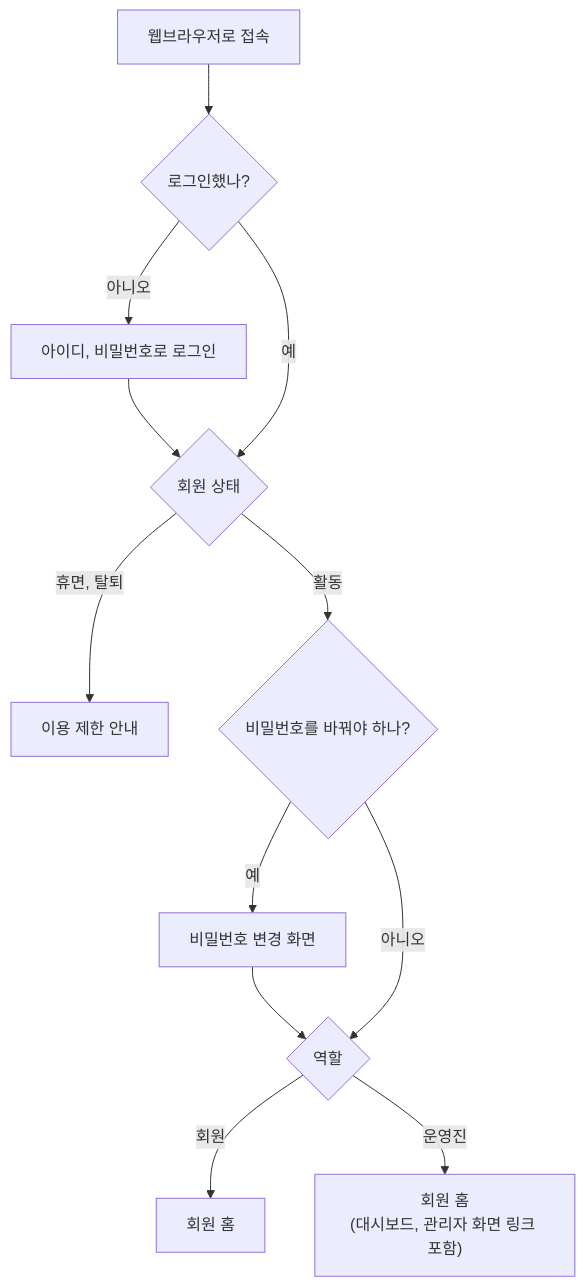
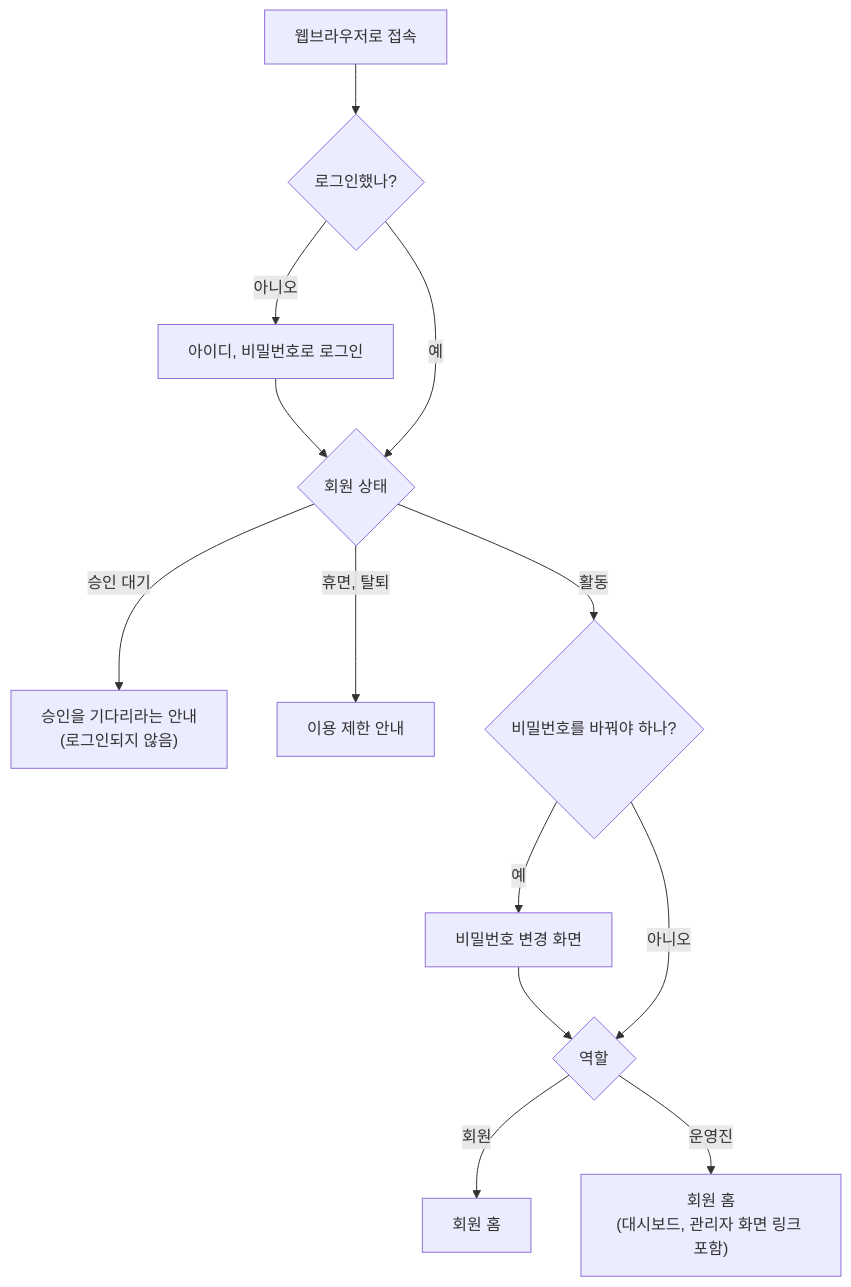
Before and after one commit to keepmind7/AI_Club_Web: the second of 6 diagrams in README.md, drawn with Mermaid. The commit also changed other lines of this file and 21 other files, not shown here.

````diff
--- a/README.md
+++ b/README.md
@@ -319,14 +329,15 @@
 ```mermaid
 flowchart TD
     A["웹브라우저로 접속"] --> B{"로그인했나?"}
     B -- 아니오 --> C["아이디, 비밀번호로 로그인"]
     C --> D{"회원 상태"}
     B -- 예 --> D
+    D -- 승인 대기 --> P["승인을 기다리라는 안내<br/>(로그인되지 않음)"]
     D -- 휴면, 탈퇴 --> H["이용 제한 안내"]
     D -- 활동 --> E{"비밀번호를 바꿔야 하나?"}
     E -- 예 --> F["비밀번호 변경 화면"]
     F --> G{"역할"}
     E -- 아니오 --> G
     G -- 회원 --> J["회원 홈"]
     G -- 운영진 --> K["회원 홈<br/>(대시보드, 관리자 화면 링크 포함)"]
 ```
````
